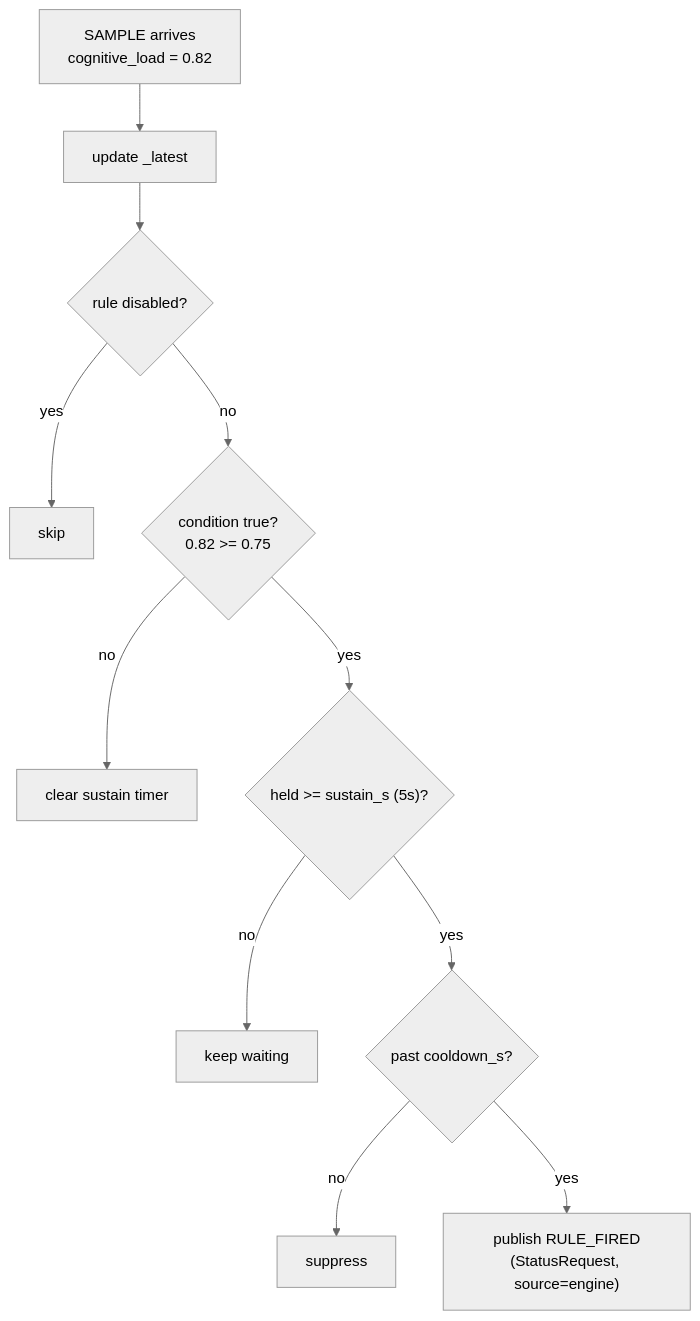
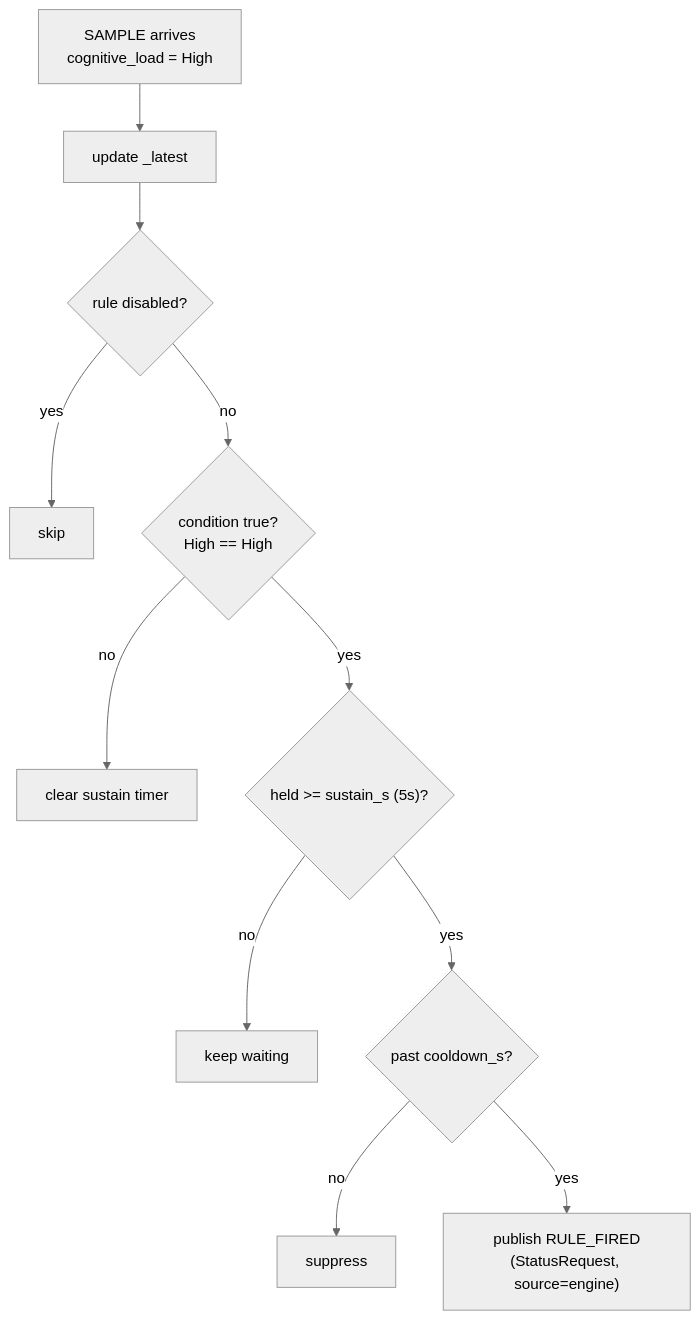
The fourth of 9 diagrams in docs/HOW_IT_WORKS.md (Puthikunkim/p4p), drawn with Mermaid (neutral theme) before and after one commit. The commit also changed other lines of this file, not shown here.

First line of the commit message:
docs: correct stale dim-lights rule listing to categorical cognitive_load

````diff
--- a/docs/HOW_IT_WORKS.md
+++ b/docs/HOW_IT_WORKS.md
@@ -274,13 +274,13 @@
 ```mermaid
 flowchart TD
-  S["SAMPLE arrives<br/>cognitive_load = 0.82"] --> U["update _latest"]
+  S["SAMPLE arrives<br/>cognitive_load = High"] --> U["update _latest"]
   U --> L{"rule disabled?"}
   L -- yes --> SKIP["skip"]
-  L -- no --> COND{"condition true?<br/>0.82 >= 0.75"}
+  L -- no --> COND{"condition true?<br/>High == High"}
   COND -- no --> CLR["clear sustain timer"]
   COND -- yes --> SUS{"held >= sustain_s (5s)?"}
   SUS -- no --> WAIT["keep waiting"]
   SUS -- yes --> CD{"past cooldown_s?"}
   CD -- no --> SUPP["suppress"]
   CD -- yes --> FIRE["publish RULE_FIRED<br/>(StatusRequest, source=engine)"]
 ```
````
